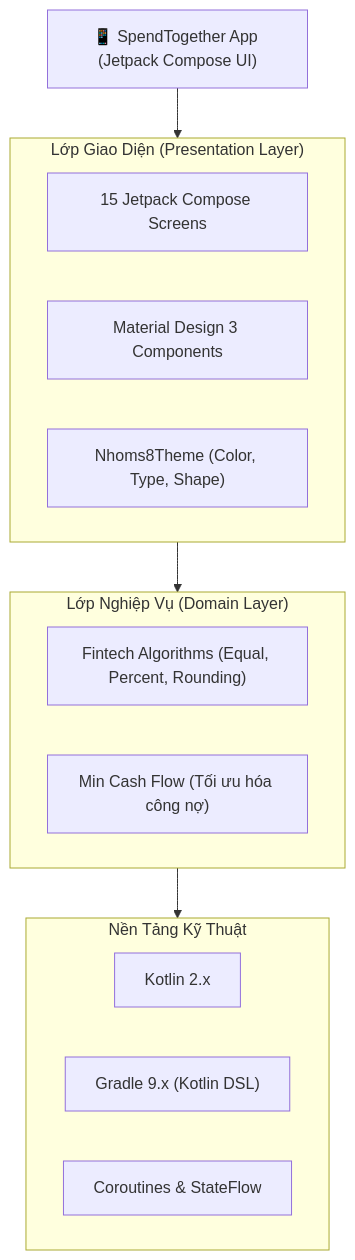
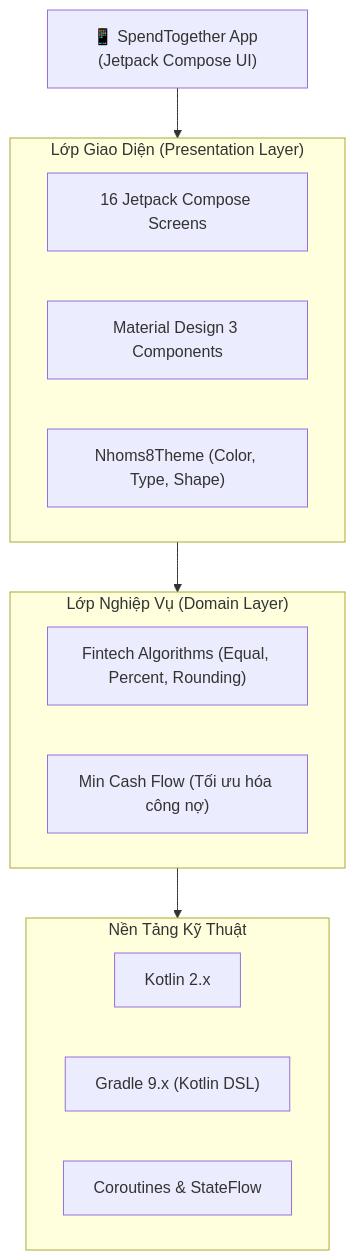
One commit to Mr-Rabbit146452001/demo-app-PTUD changed the diagram in README.md. Above: the diagram before and after it, drawn with Mermaid. The commit also changed other lines of this file and 11 other files, not shown here.

````diff
--- a/README.md
+++ b/README.md
@@ -70,25 +75,25 @@
 ```mermaid
 graph TD
     App["📱 SpendTogether App (Jetpack Compose UI)"]
     
     subgraph UI_Layer ["Lớp Giao Diện (Presentation Layer)"]
-        Screens["15 Jetpack Compose Screens"]
+        Screens["16 Jetpack Compose Screens"]
         M3["Material Design 3 Components"]
         Theme["Nhoms8Theme (Color, Type, Shape)"]
     end
 
     subgraph Domain_Layer ["Lớp Nghiệp Vụ (Domain Layer)"]
         SplitAlgo["Fintech Algorithms (Equal, Percent, Rounding)"]
         DebtAlgo["Min Cash Flow (Tối ưu hóa công nợ)"]
     end
 
     subgraph Architecture ["Nền Tảng Kỹ Thuật"]
         Kotlin["Kotlin 2.x"]
         Gradle["Gradle 9.x (Kotlin DSL)"]
         Coroutines["Coroutines & StateFlow"]
     end
 
     App --> UI_Layer
     UI_Layer --> Domain_Layer
     Domain_Layer --> Architecture
 ```
````
